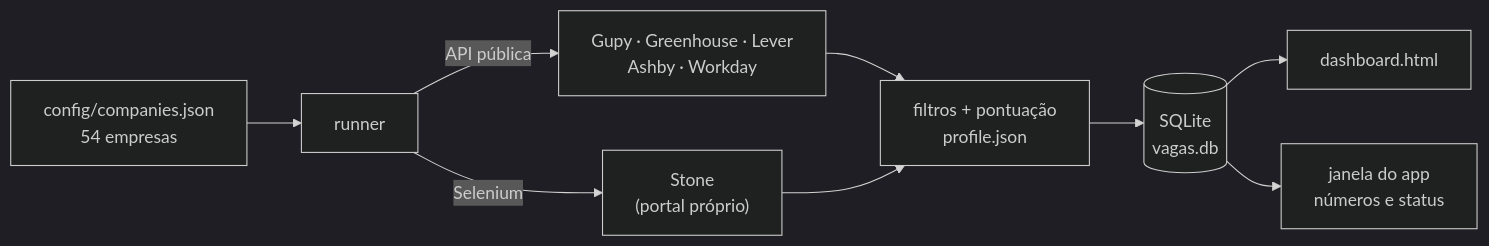
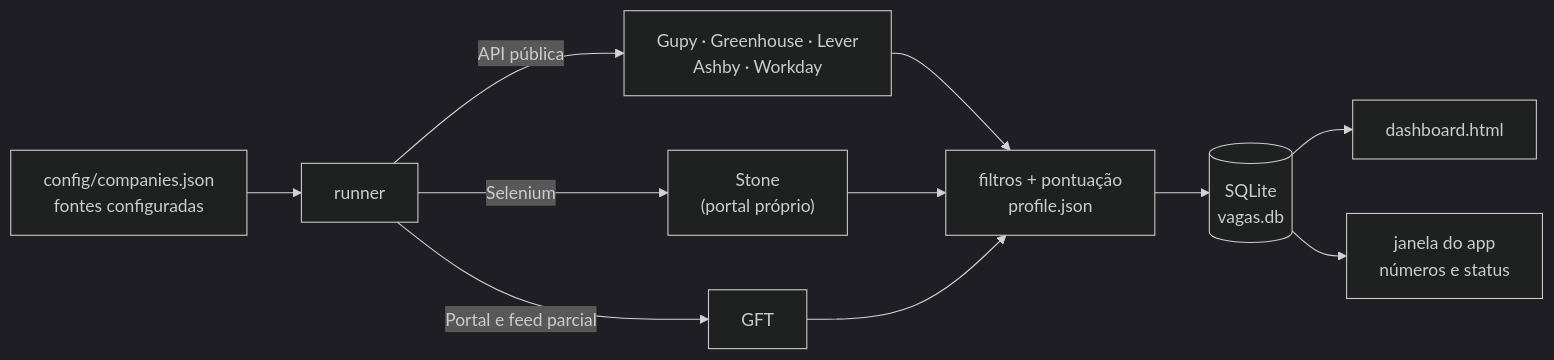
Before and after one commit to nataliatobiasdev/vagas-1000: the diagram in docs/guia/visao.md, drawn with Mermaid (dark theme). The commit also changed other lines of this file and 11 other files, not shown here.

````diff
--- a/docs/guia/visao.md
+++ b/docs/guia/visao.md
@@ -24,11 +24,13 @@
 ```mermaid
 flowchart LR
-  C["config/companies.json<br/>54 empresas"] --> R[runner]
+  C["config/companies.json<br/>fontes configuradas"] --> R[runner]
   R -->|API pública| A["Gupy · Greenhouse · Lever<br/>Ashby · Workday"]
   R -->|Selenium| S["Stone<br/>(portal próprio)"]
+  R -->|Portal e feed parcial| G["GFT"]
   A --> F["filtros + pontuação<br/>profile.json"]
   S --> F
+  G --> F
   F --> D[("SQLite<br/>vagas.db")]
   D --> P["dashboard.html"]
   D --> W["janela do app<br/>números e status"]
 ```
````
